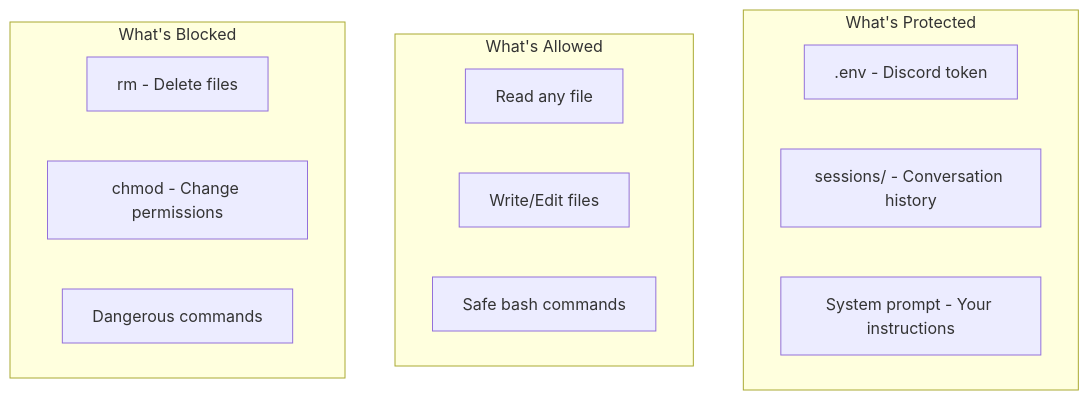
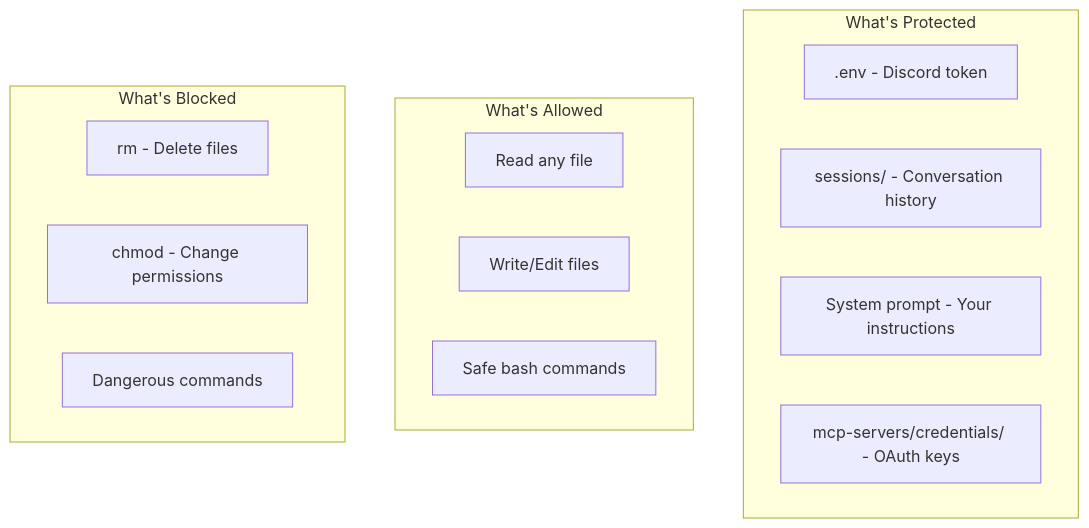
Before and after one commit to jamesmoon2/ATLAS-bot: the fifth of 5 diagrams in README.md, drawn with Mermaid. The commit also changed other lines of this file and 2 other files, not shown here.

First line of the commit message:
docs: update README, CHANGELOG, and add ROADMAP

````diff
--- a/README.md
+++ b/README.md
@@ -246,20 +376,21 @@
 ```mermaid
 flowchart TB
     subgraph "What's Protected"
         A[.env - Discord token]
         B[sessions/ - Conversation history]
         C[System prompt - Your instructions]
+        D[mcp-servers/credentials/ - OAuth keys]
     end
 
     subgraph "What's Allowed"
-        D[Read any file]
-        E[Write/Edit files]
-        F[Safe bash commands]
+        E[Read any file]
+        F[Write/Edit files]
+        G[Safe bash commands]
     end
 
     subgraph "What's Blocked"
-        G[rm - Delete files]
-        H[chmod - Change permissions]
-        I[Dangerous commands]
+        H[rm - Delete files]
+        I[chmod - Change permissions]
+        J[Dangerous commands]
     end
 ```
````
